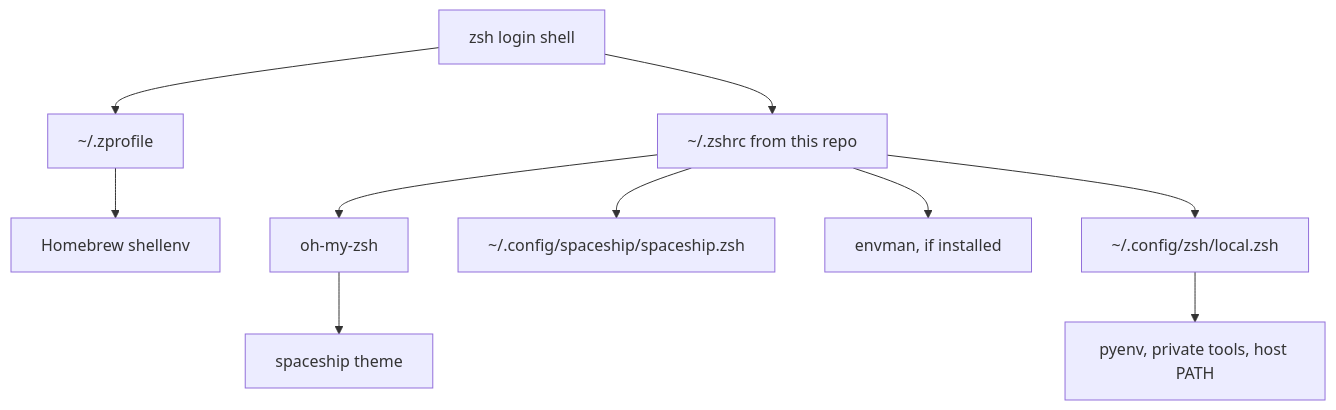
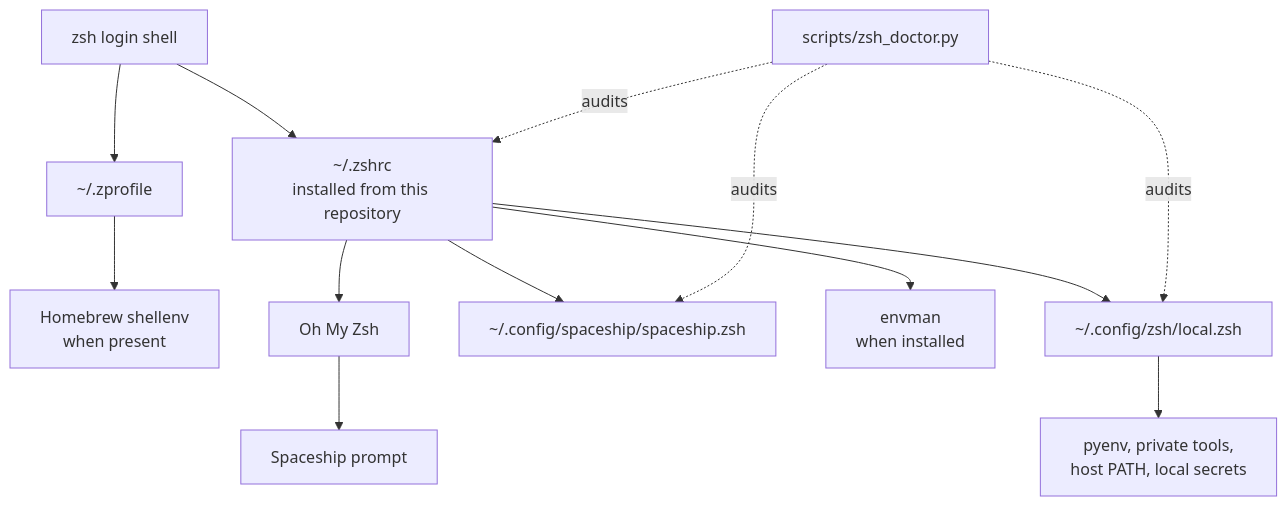
Before and after one commit to Nongfsq/zsh_config: the diagram in README.md, drawn with Mermaid. The commit also changed other lines of this file, not shown here.

````diff
--- a/README.md
+++ b/README.md
@@ -18,12 +35,15 @@
 ```mermaid
 flowchart TB
-    Login["zsh login shell"] --> Zprofile["~/.zprofile"]
-    Zprofile --> Brew["Homebrew shellenv"]
-    Login --> Zshrc["~/.zshrc from this repo"]
-    Zshrc --> OMZ["oh-my-zsh"]
-    Zshrc --> SpaceCfg["~/.config/spaceship/spaceship.zsh"]
-    Zshrc --> Envman["envman, if installed"]
-    Zshrc --> Local["~/.config/zsh/local.zsh"]
-    OMZ --> Spaceship["spaceship theme"]
-    Local --> Private["pyenv, private tools, host PATH"]
+    Shell["zsh login shell"] --> Profile["~/.zprofile"]
+    Profile --> Brew["Homebrew shellenv<br/>when present"]
+    Shell --> Shared["~/.zshrc<br/>installed from this repository"]
+    Shared --> OMZ["Oh My Zsh"]
+    Shared --> ThemeConfig["~/.config/spaceship/spaceship.zsh"]
+    Shared --> Envman["envman<br/>when installed"]
+    Shared --> Local["~/.config/zsh/local.zsh"]
+    OMZ --> Theme["Spaceship prompt"]
+    Local --> HostTools["pyenv, private tools,<br/>host PATH, local secrets"]
+    Doctor["scripts/zsh_doctor.py"] -. audits .-> Shared
+    Doctor -. audits .-> Local
+    Doctor -. audits .-> ThemeConfig
 ```
````
